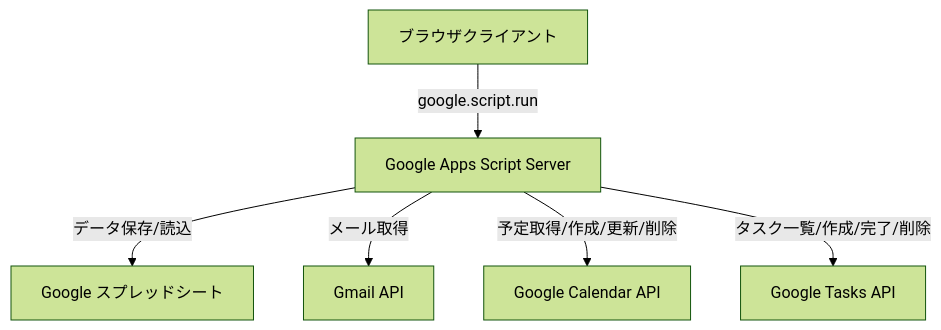
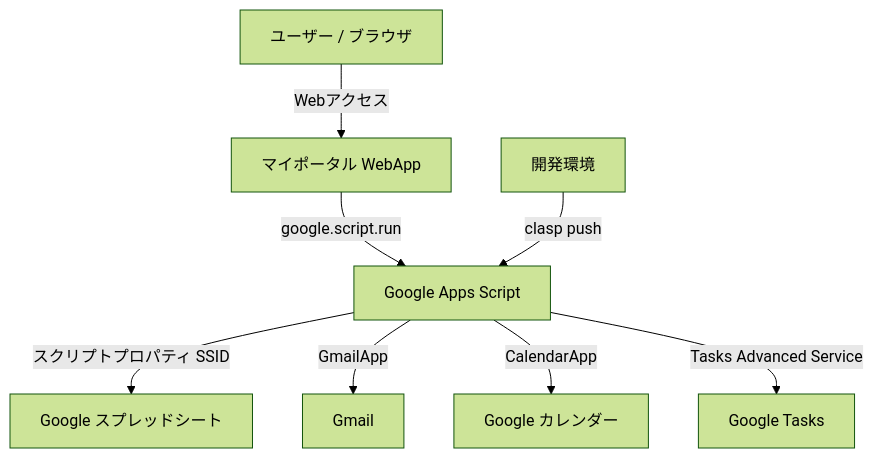
The diagram in README.md (TeKun33/MyPortal), drawn with Mermaid (forest theme) before and after one commit. The commit also changed other lines of this file and 4 other files, not shown here.

````diff
--- a/README.md
+++ b/README.md
@@ -76,8 +80,10 @@
 ```mermaid
 graph TD
-    Browser[ブラウザクライアント] -->|google.script.run| GAS[Google Apps Script Server]
-    GAS -->|データ保存/読込| Sheet[Google スプレッドシート]
-    GAS -->|メール取得| Gmail[Gmail API]
-    GAS -->|予定取得/作成/更新/削除| Cal[Google Calendar API]
-    GAS -->|タスク一覧/作成/完了/削除| Tasks[Google Tasks API]
+    User[ユーザー / ブラウザ] -->|Webアクセス| WebApp[マイポータル WebApp]
+    WebApp -->|google.script.run| GAS[Google Apps Script]
+    GAS -->|スクリプトプロパティ SSID| Sheet[Google スプレッドシート]
+    GAS -->|GmailApp| Gmail[Gmail]
+    GAS -->|CalendarApp| Cal[Google カレンダー]
+    GAS -->|Tasks Advanced Service| Tasks[Google Tasks]
+    Dev[開発環境] -->|clasp push| GAS
 ```
````
